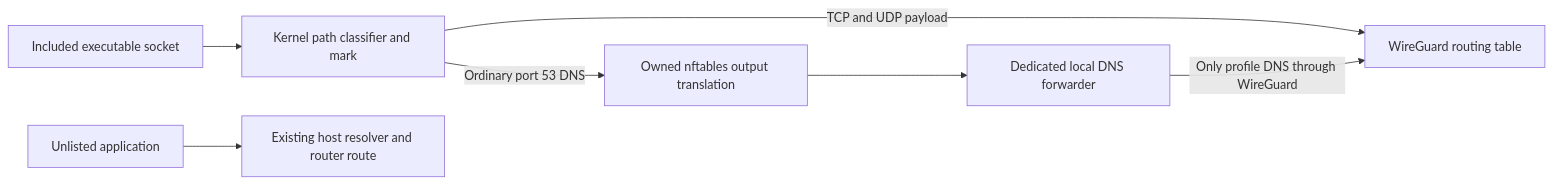
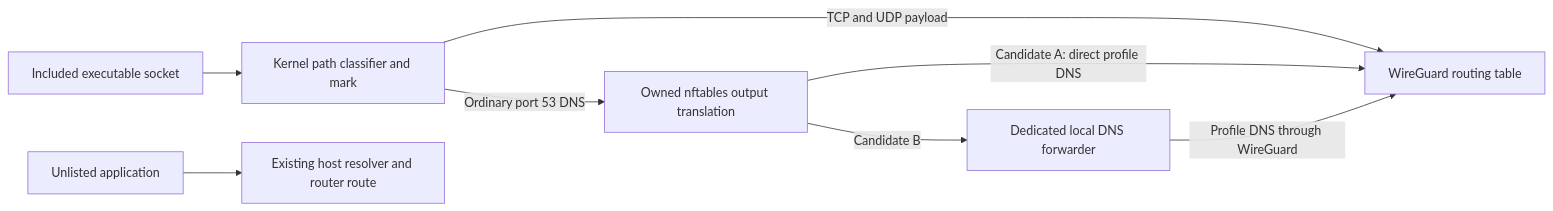
Before and after one commit to kylejduan/Wireguard-DNS-Program-Split: the diagram in docs/superpowers/specs/2026-09-12-linux-include-mode-design.md, drawn with Mermaid. The commit also changed other lines of this file and 1 other file, not shown here.

Commit message:
docs: require early Linux latency and DNS path validation

````diff
--- a/docs/superpowers/specs/2026-09-12-linux-include-mode-design.md
+++ b/docs/superpowers/specs/2026-09-12-linux-include-mode-design.md
@@ -141,9 +155,10 @@
 ```mermaid
 flowchart LR
     A[Included executable socket] --> M[Kernel path classifier and mark]
     M -->|TCP and UDP payload| W[WireGuard routing table]
     M -->|Ordinary port 53 DNS| N[Owned nftables output translation]
-    N --> D[Dedicated local DNS forwarder]
-    D -->|Only profile DNS through WireGuard| W
+    N -->|Candidate A: direct profile DNS| W
+    N -->|Candidate B| D[Dedicated local DNS forwarder]
+    D -->|Profile DNS through WireGuard| W
     B[Unlisted application] --> H[Existing host resolver and router route]
 ```
````
